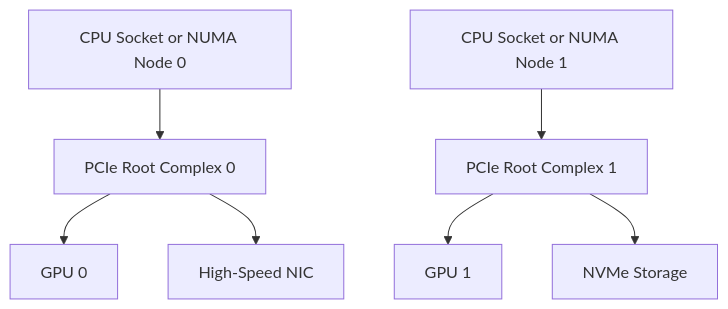
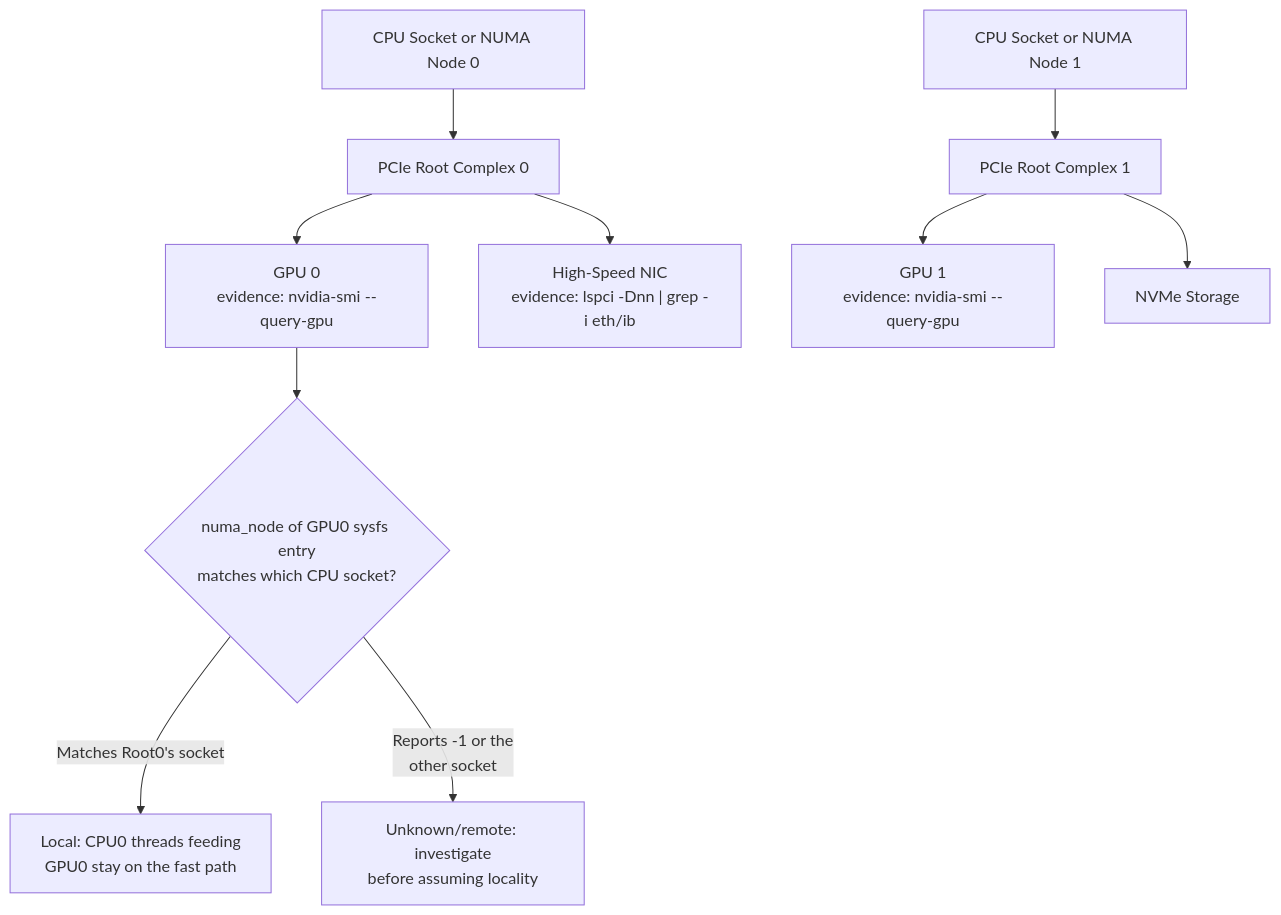
Before and after one commit to jithinpnjm/nvidia-devops: the diagram in docs/nvidia-zero-to-hero/volume-02/labs/lab-01-inspect-gpu-architecture-and-topology.md, drawn with Mermaid. The commit also changed other lines of this file, not shown here.

````diff
--- a/docs/nvidia-zero-to-hero/volume-02/labs/lab-01-inspect-gpu-architecture-and-topology.md
+++ b/docs/nvidia-zero-to-hero/volume-02/labs/lab-01-inspect-gpu-architecture-and-topology.md
@@ -58,18 +58,21 @@
 ```mermaid
 flowchart TD
     CPU0[CPU Socket or NUMA Node 0]
     CPU1[CPU Socket or NUMA Node 1]
     Root0[PCIe Root Complex 0]
     Root1[PCIe Root Complex 1]
-    GPU0[GPU 0]
-    GPU1[GPU 1]
-    NIC0[High-Speed NIC]
+    GPU0["GPU 0<br/>evidence: nvidia-smi --query-gpu"]
+    GPU1["GPU 1<br/>evidence: nvidia-smi --query-gpu"]
+    NIC0["High-Speed NIC<br/>evidence: lspci -Dnn | grep -i eth/ib"]
     Storage[NVMe Storage]
 
     CPU0 --> Root0
     CPU1 --> Root1
     Root0 --> GPU0
     Root0 --> NIC0
     Root1 --> GPU1
     Root1 --> Storage
+    GPU0 --> Verify{"numa_node of GPU0 sysfs entry<br/>matches which CPU socket?"}
+    Verify -->|"Matches Root0's socket"| Local["Local: CPU0 threads feeding<br/>GPU0 stay on the fast path"]
+    Verify -->|"Reports -1 or the<br/>other socket"| Unknown["Unknown/remote: investigate<br/>before assuming locality"]
 ```
````
